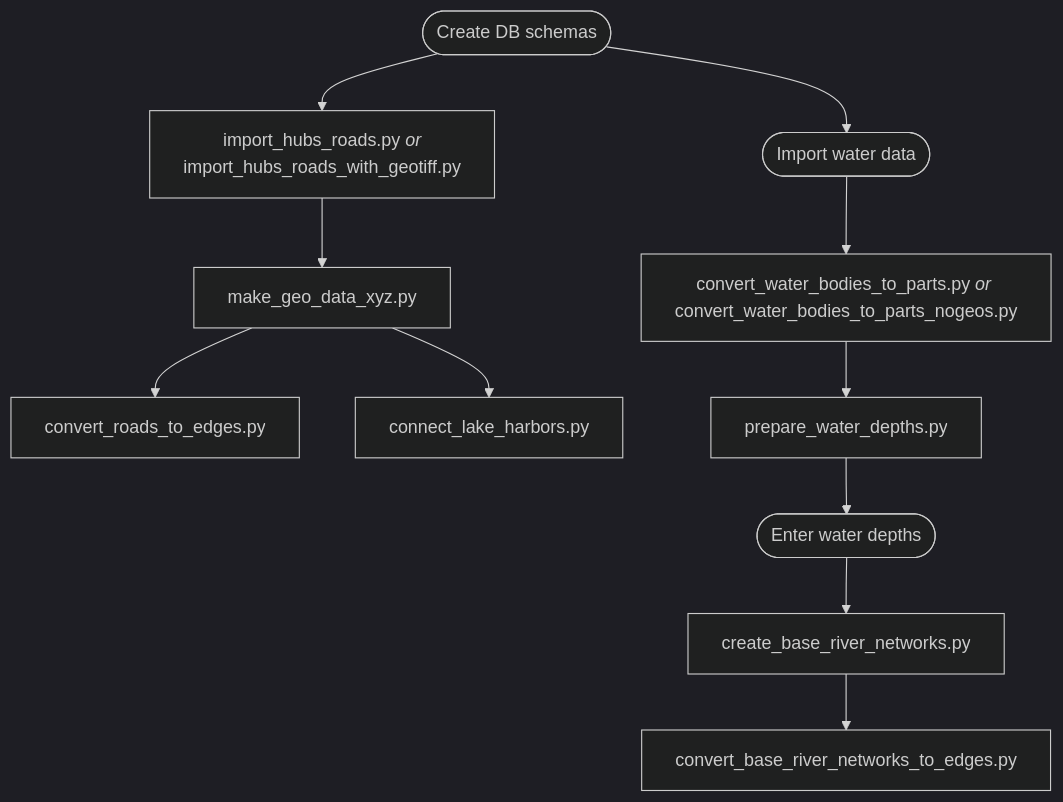
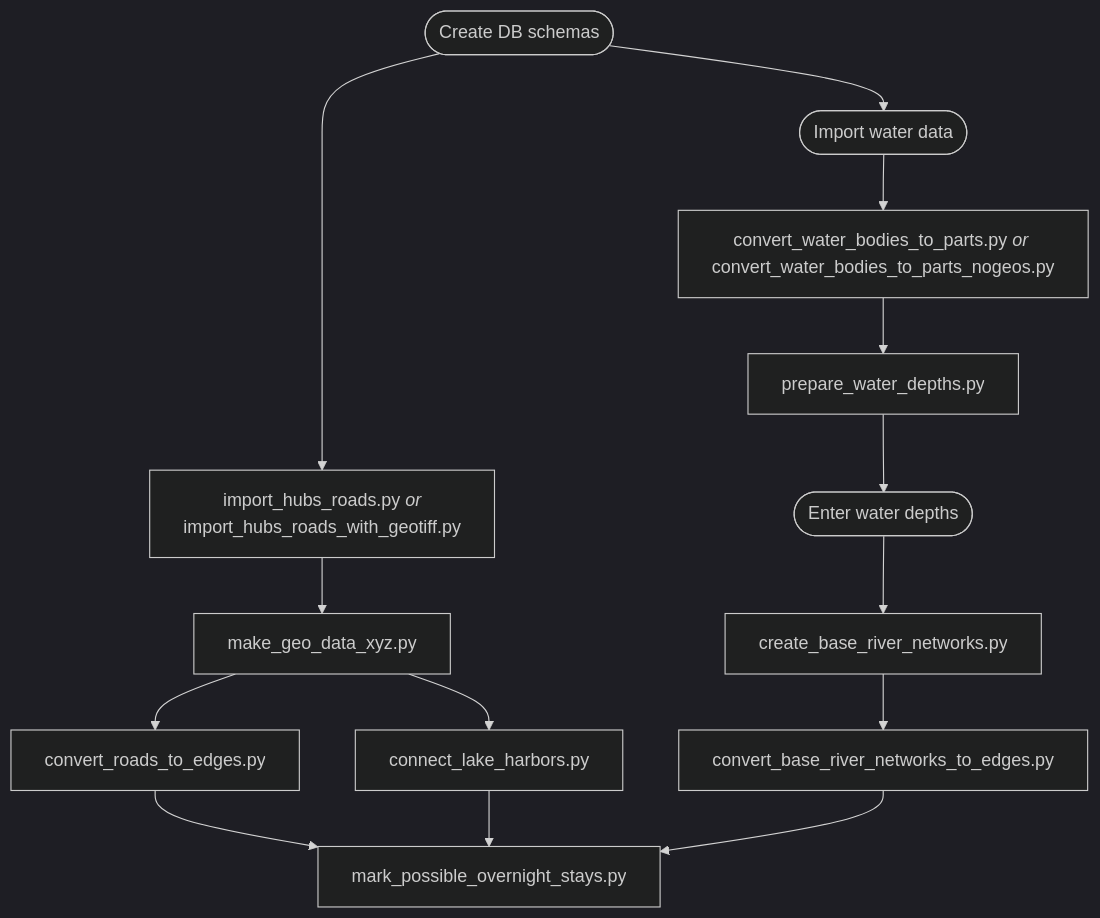
One commit to Simulation-of-Traffic-and-Transport/SiTT changed the diagram in precalculation/README.md. Above: the diagram before and after it, drawn with Mermaid (dark theme). The commit also changed other lines of this file and 2 other files, not shown here.

Commit message:
Create script to mark hubs adjacent/close to overnight points.

````diff
--- a/precalculation/README.md
+++ b/precalculation/README.md
@@ -9,25 +9,26 @@
 ```mermaid
 flowchart TD
     schema(["Create DB schemas"])
     water(["Import water data"])
     hubs_roads["`import_hubs_roads.py *or*
     import_hubs_roads_with_geotiff.py`"]
     geo_data["make_geo_data_xyz.py"]
     convert_roads["convert_roads_to_edges.py"]
     convert_lakes["connect_lake_harbors.py"]
     convert_wb["`convert_water_bodies_to_parts.py *or* convert_water_bodies_to_parts_nogeos.py`"]
     prepare_water_depths["prepare_water_depths.py"]
     enter_depths(["Enter water depths"])
     base_river["create_base_river_networks.py"]
     river_edges["convert_base_river_networks_to_edges.py"]
+    overnight_stays["mark_possible_overnight_stays.py"]
     
     schema --> water
     schema --> hubs_roads
     
 
     hubs_roads --> geo_data
     
-    geo_data --> convert_roads
-    geo_data --> convert_lakes
-    water --> convert_wb --> prepare_water_depths --> enter_depths --> base_river --> river_edges
+    geo_data --> convert_roads --> overnight_stays
+    geo_data --> convert_lakes --> overnight_stays
+    water --> convert_wb --> prepare_water_depths --> enter_depths --> base_river --> river_edges --> overnight_stays
 ```
````
